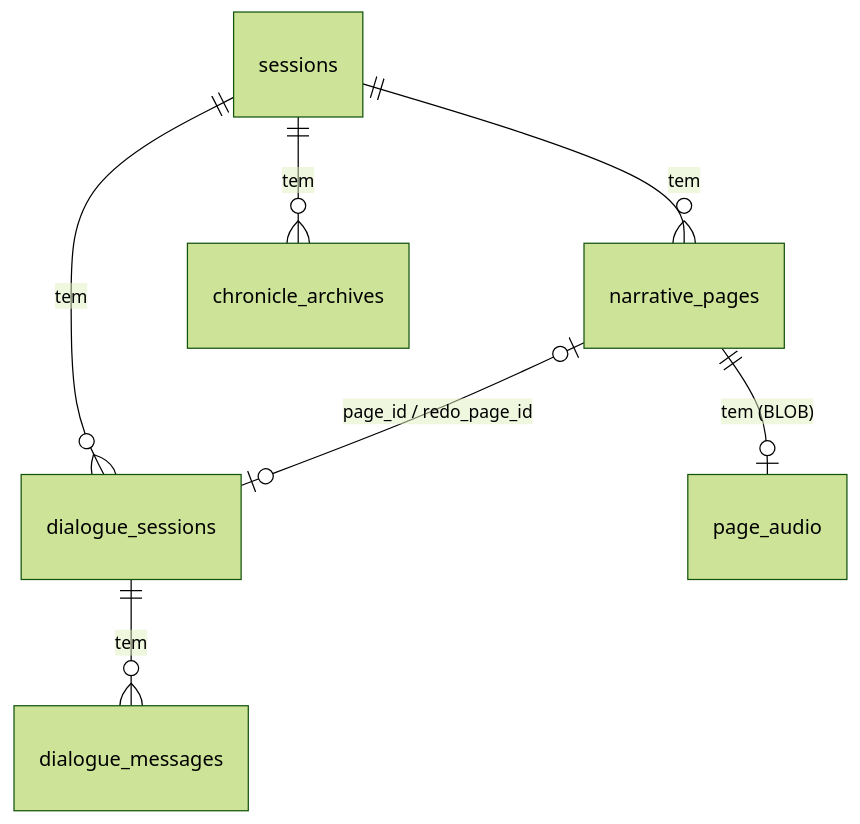
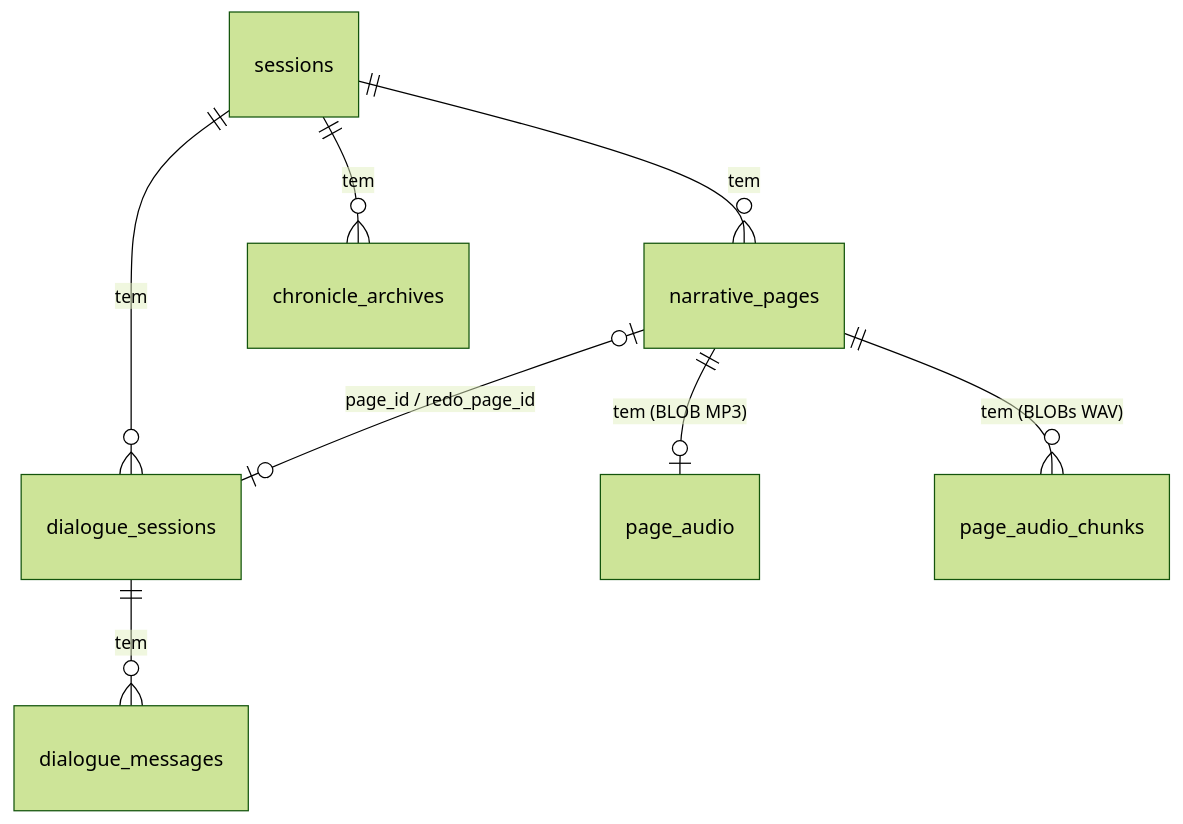
The diagram in docs/modelo-de-dados.md (alghostzx/Chronicler-Engine), drawn with Mermaid (forest theme) before and after one commit. The commit also changed other lines of this file and 3 other files, not shown here.

Commit message:
docs: documenta síntese incremental de áudio e schema v7 na Fase 25

````diff
--- a/docs/modelo-de-dados.md
+++ b/docs/modelo-de-dados.md
@@ -7,9 +7,10 @@
 ```mermaid
 erDiagram
   sessions ||--o{ narrative_pages : tem
   sessions ||--o{ chronicle_archives : tem
   sessions ||--o{ dialogue_sessions : tem
-  narrative_pages ||--o| page_audio : "tem (BLOB)"
+  narrative_pages ||--o| page_audio : "tem (BLOB MP3)"
+  narrative_pages ||--o{ page_audio_chunks : "tem (BLOBs WAV)"
   dialogue_sessions ||--o{ dialogue_messages : tem
   narrative_pages |o--o| dialogue_sessions : "page_id / redo_page_id"
 ```
````
